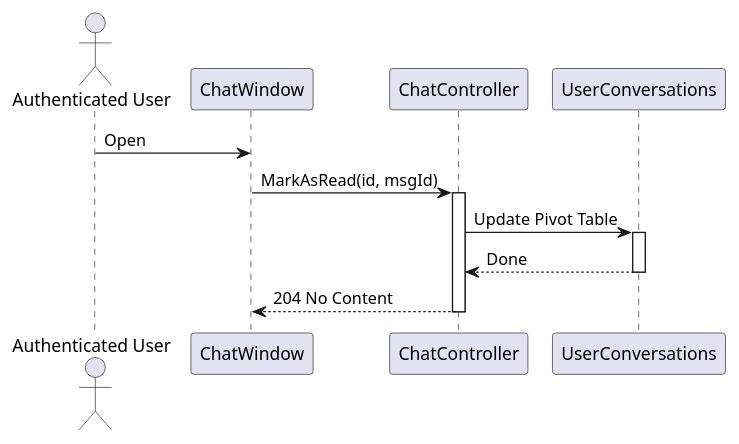
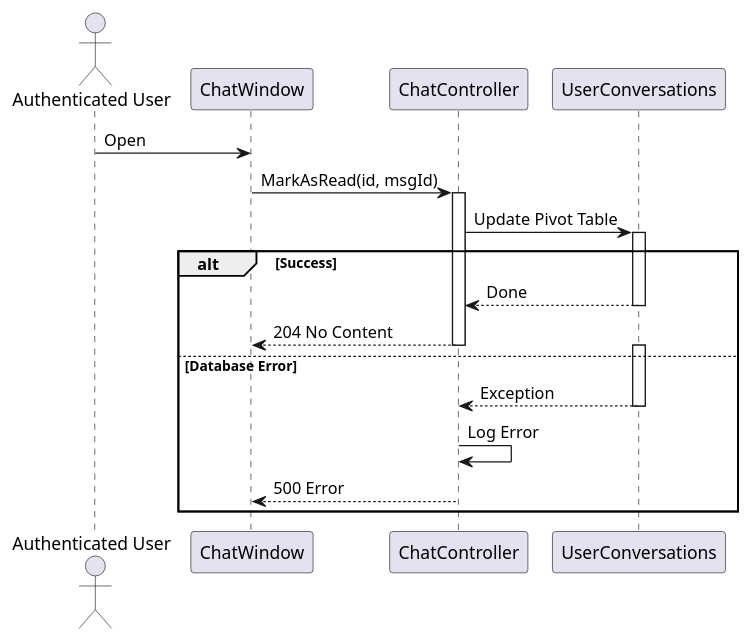
Diagram 14 of 16 in UC_2.1.7_Chat.md (I-Love-U-3000/Favi-BE), drawn with PlantUML before and after one commit. The commit also changed other lines of this file and 4 other files, not shown here.

````diff
--- a/UC_2.1.7_Chat.md
+++ b/UC_2.1.7_Chat.md
@@ -527,18 +551,27 @@
 ```plantuml
 @startuml
 actor "Authenticated User" as User
 participant "ChatWindow" as View
 participant "ChatController" as Controller
 participant "UserConversations" as DB
 
 User -> View: Open
 View -> Controller: MarkAsRead(id, msgId)
 activate Controller
 Controller -> DB: Update Pivot Table
 activate DB
-DB --> Controller: Done
-deactivate DB
-Controller --> View: 204 No Content
-deactivate Controller
+alt Success
+    DB --> Controller: Done
+    deactivate DB
+    Controller --> View: 204 No Content
+    deactivate Controller
+else Database Error
+    activate DB
+    DB --> Controller: Exception
+    deactivate DB
+    Controller -> Controller: Log Error
+    Controller --> View: 500 Error
+    deactivate Controller
+end
 @enduml
 ```
````
